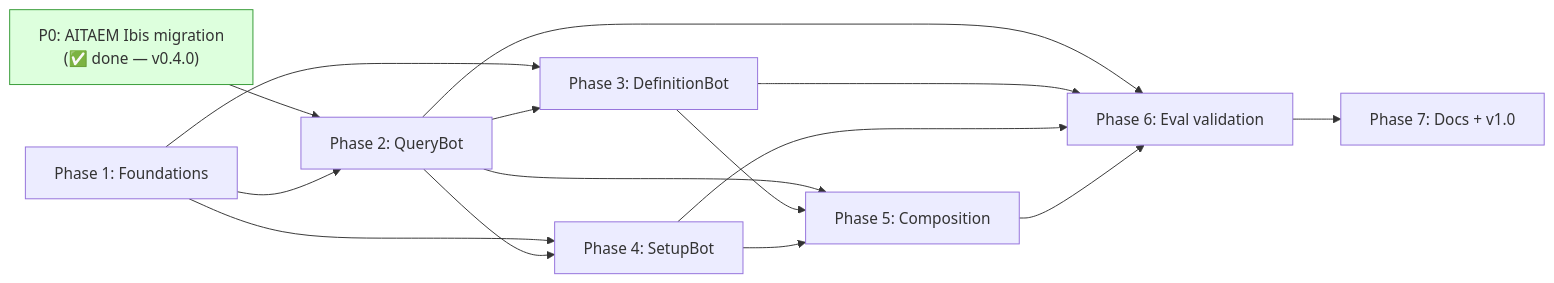
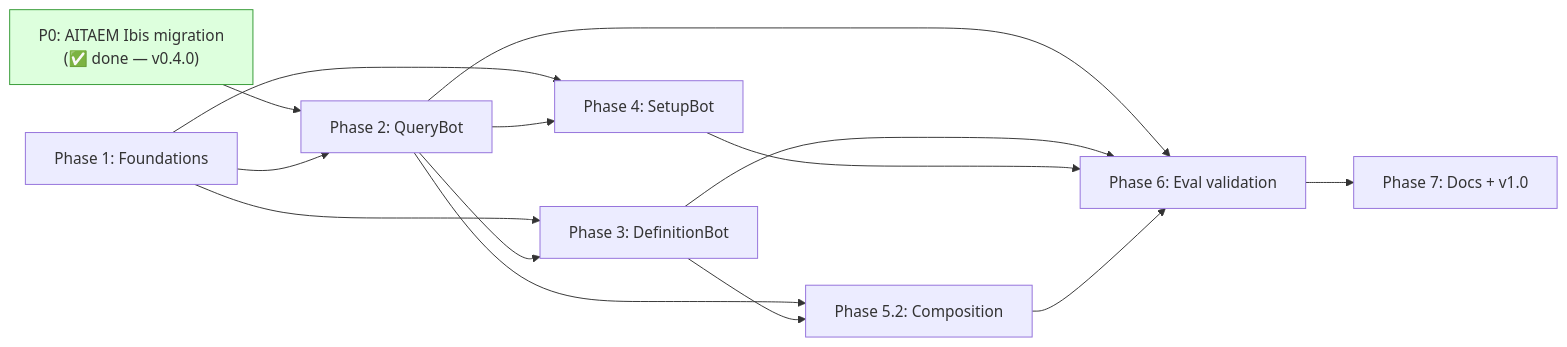
Before and after one commit to chaturv3di/aitaem: the diagram in plans/agent_module/08-implementation-order.md, drawn with Mermaid. The commit also changed other lines of this file and 7 other files, not shown here.

First line of the commit message:
plan: add Phase 5.2 plan (composition primitives); defer bot-as-tool composition to ND-11

````diff
--- a/plans/agent_module/08-implementation-order.md
+++ b/plans/agent_module/08-implementation-order.md
@@ -246,18 +255,17 @@
 ```mermaid
 flowchart LR
     P0["P0: AITAEM Ibis migration<br/>(✅ done — v0.4.0)"]:::done --> P2
     P1[Phase 1: Foundations] --> P2
     P1 --> P3
     P1 --> P4
     P2[Phase 2: QueryBot] --> P3[Phase 3: DefinitionBot]
     P2 --> P4[Phase 4: SetupBot]
-    P2 --> P5[Phase 5: Composition]
+    P2 --> P5[Phase 5.2: Composition]
     P3 --> P5
-    P4 --> P5
     P2 --> P6[Phase 6: Eval validation]
     P3 --> P6
     P4 --> P6
     P5 --> P6
     P6 --> P7[Phase 7: Docs + v1.0]
     classDef done fill:#dfd,stroke:#393
 ```
````
